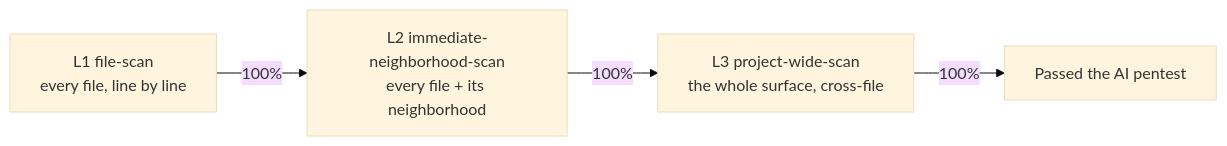
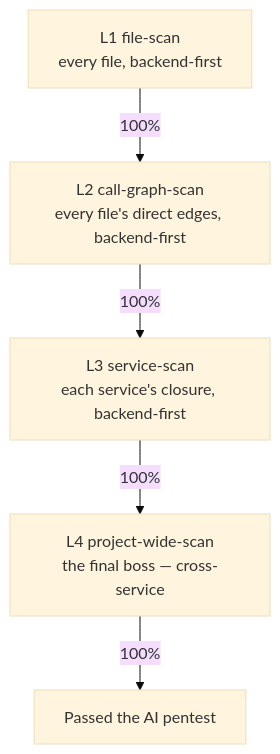
Before and after one commit to jacoby149/web10: the diagram in ai-pack/ai-security-theory/the-scope-ladder/README.md, drawn with Mermaid (base theme). The commit also changed other lines of this file and 14 other files, not shown here.

````diff
--- a/ai-pack/ai-security-theory/the-scope-ladder/README.md
+++ b/ai-pack/ai-security-theory/the-scope-ladder/README.md
@@ -49,6 +94,7 @@
 ```mermaid
-flowchart LR
-    A[L1 file-scan<br/>every file, line by line] -->|100%| B[L2 immediate-neighborhood-scan<br/>every file + its neighborhood]
-    B -->|100%| C[L3 project-wide-scan<br/>the whole surface, cross-file]
-    C -->|100%| D[Passed the AI pentest]
+flowchart TD
+    A["L1 file-scan<br/>every file, backend-first"] -->|100%| B["L2 call-graph-scan<br/>every file's direct edges, backend-first"]
+    B -->|100%| C["L3 service-scan<br/>each service's closure, backend-first"]
+    C -->|100%| D["L4 project-wide-scan<br/>the final boss — cross-service"]
+    D -->|100%| E["Passed the AI pentest"]
 ```
````
